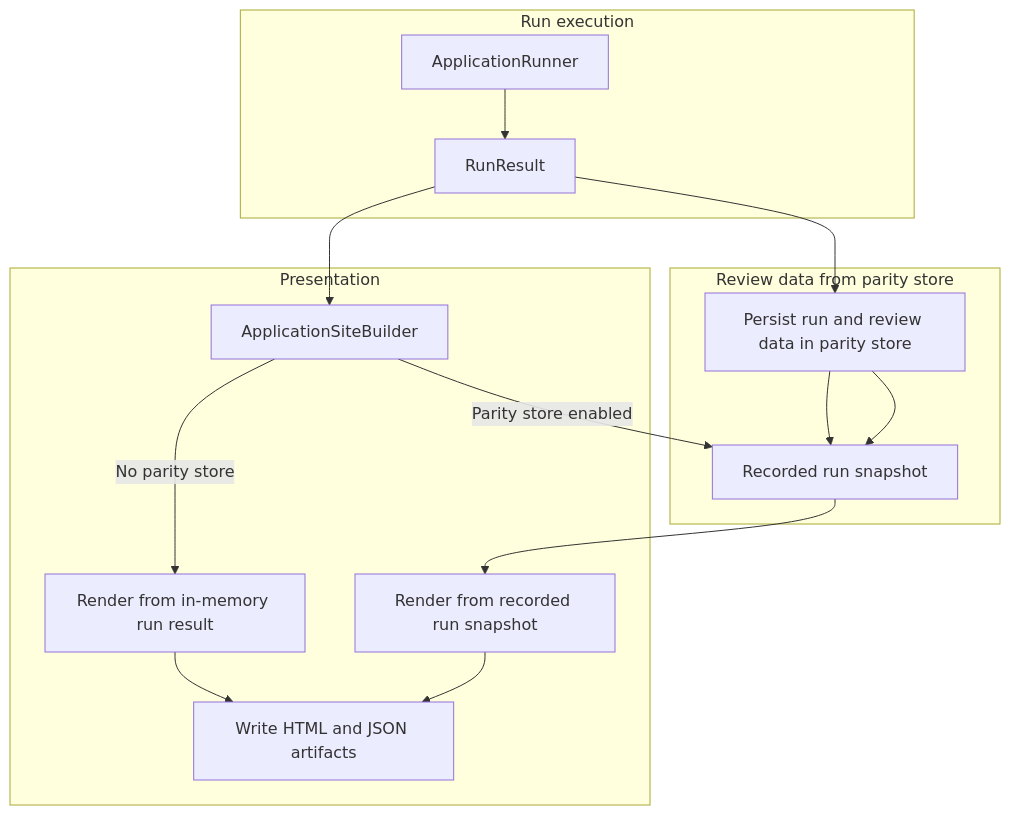
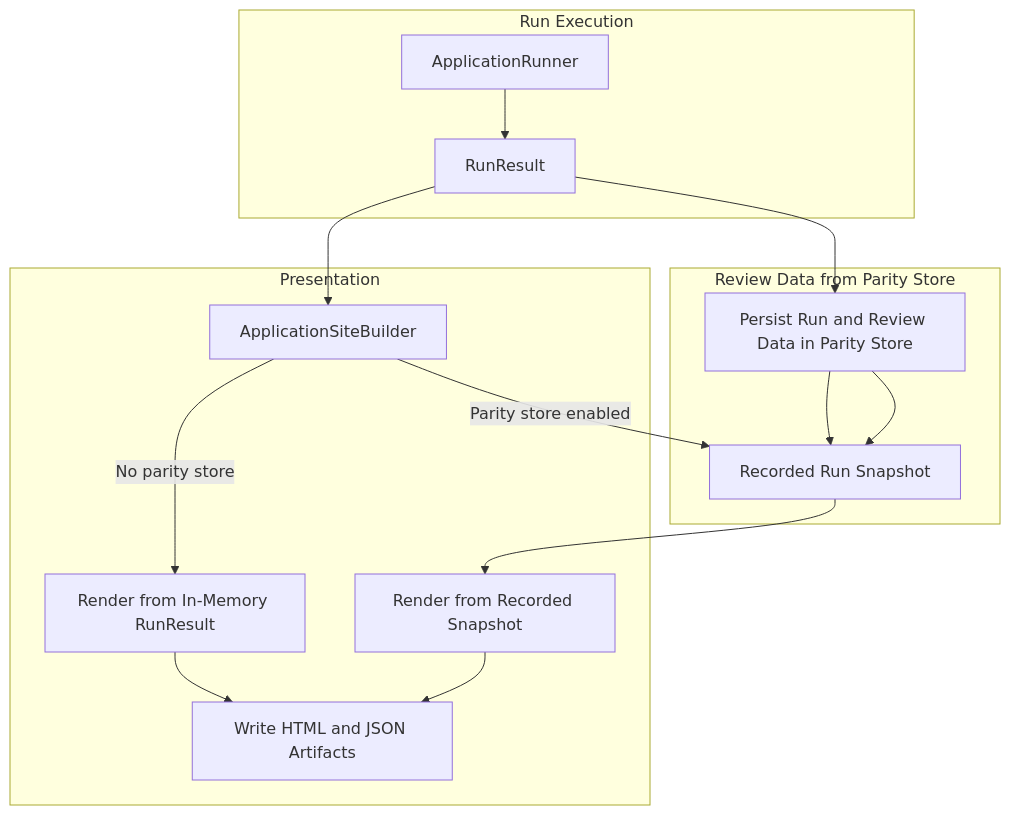
One commit to bobcorn/openfoodfacts-data-quality changed the third of 3 diagrams in docs/explanation/application-runs.md. Above: the diagram before and after it, drawn with Mermaid. The commit also changed other lines of this file and 142 other files, not shown here.

````diff
--- a/docs/explanation/application-runs.md
+++ b/docs/explanation/application-runs.md
@@ -247,26 +251,26 @@
 ```mermaid
 flowchart TB
-    subgraph EXEC_OUT["Run execution"]
+    subgraph EXEC_OUT["Run Execution"]
         A["ApplicationRunner"]
         B["RunResult"]
         A --> B
     end
 
-    subgraph STORE_OUT["Review data from parity store"]
-        D["Persist run and review data in parity store"]
-        E["Recorded run snapshot"]
+    subgraph STORE_OUT["Review Data from Parity Store"]
+        D["Persist Run and Review Data in Parity Store"]
+        E["Recorded Run Snapshot"]
         D --> E
     end
 
     subgraph PRES_OUT["Presentation"]
         C["ApplicationSiteBuilder"]
-        F["Render from in-memory run result"]
-        G["Render from recorded run snapshot"]
-        H["Write HTML and JSON artifacts"]
+        F["Render from In-Memory RunResult"]
+        G["Render from Recorded Snapshot"]
+        H["Write HTML and JSON Artifacts"]
     end
 
     B --> C
     B --> D --> E
     C -- "No parity store" --> F --> H
     C -- "Parity store enabled" --> E --> G --> H
 ```
````
